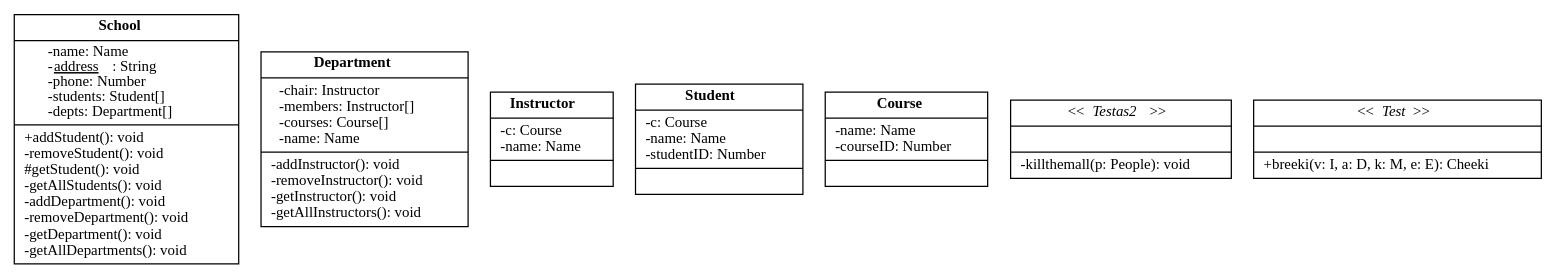
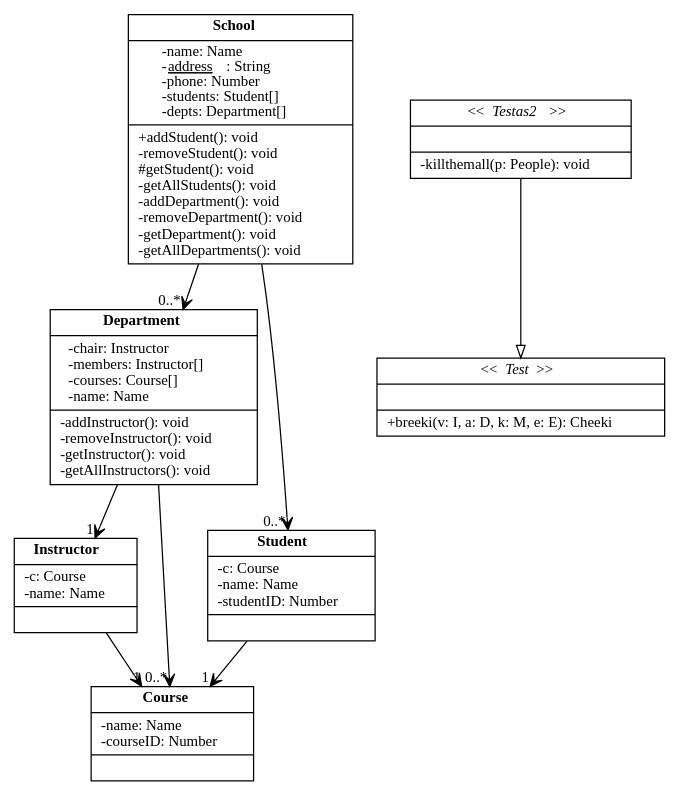
The diagram in diagram.dot (ruankotovich/JTD), drawn with Graphviz before and after one commit. The commit also changed 5 other files, not shown here.

```diff
--- a/diagram.dot
+++ b/diagram.dot
@@ -1,20 +1,36 @@
 digraph {
 fontname = "Bitstream Vera Sans"
 fontsize = 12
 node [
 fontname = "Bitstream Vera Sans"
 fontsize = 12
 shape = "record"
 ]
 edge [
 fontname = "Bitstream Vera Sans"
 fontsize = 12
 ]
 1 [ label = <{<b>School</b>|-name: Name<br align="left"/>-<u>address</u>: String<br align="left"/>-phone: Number<br align="left"/>-students: Student[]<br align="left"/>-depts: Department[]<br align="left"/>|+addStudent(): void<br align="left"/>-removeStudent(): void<br align="left"/>#getStudent(): void<br align="left"/>-getAllStudents(): void<br align="left"/>-addDepartment(): void<br align="left"/>-removeDepartment(): void<br align="left"/>-getDepartment(): void<br align="left"/>-getAllDepartments(): void<br align="left"/>}>]
 2 [ label = <{<b>Department</b>|-chair: Instructor<br align="left"/>-members: Instructor[]<br align="left"/>-courses: Course[]<br align="left"/>-name: Name<br align="left"/>|-addInstructor(): void<br align="left"/>-removeInstructor(): void<br align="left"/>-getInstructor(): void<br align="left"/>-getAllInstructors(): void<br align="left"/>}>]
 3 [ label = <{<b>Instructor</b>|-c: Course<br align="left"/>-name: Name<br align="left"/>|}>]
 4 [ label = <{<b>Student</b>|-c: Course<br align="left"/>-name: Name<br align="left"/>-studentID: Number<br align="left"/>|}>]
 5 [ label = <{<b>Course</b>|-name: Name<br align="left"/>-courseID: Number<br align="left"/>|}>]
 6 [ label = <{&lt;&lt;<i>Testas2</i>&gt;&gt;||-killthemall(p: People): void<br align="left"/>}>]
+
 7 [ label = <{&lt;&lt;<i>Test</i>&gt;&gt;||+breeki(v: I, a: D, k: M, e: E): Cheeki<br align="left"/>}>]
+
+1 -> 2 [style = "solid" arrowhead = "open" dir = "forward" taillabel = "" headlabel = "0..*" label = ""]
+
+1 -> 4 [style = "solid" arrowhead = "open" dir = "forward" taillabel = "" headlabel = "0..*" label = ""]
+
+2 -> 3 [style = "solid" arrowhead = "open" dir = "forward" taillabel = "" headlabel = "1" label = ""]
+
+2 -> 5 [style = "solid" arrowhead = "open" dir = "forward" taillabel = "" headlabel = "0..*" label = ""]
+
+3 -> 5 [style = "solid" arrowhead = "open" dir = "forward" taillabel = "" headlabel = "1" label = ""]
+
+4 -> 5 [style = "solid" arrowhead = "open" dir = "forward" taillabel = "" headlabel = "1" label = ""]
+
+6 -> 7 [style = "solid" arrowhead = "onormal" dir = "forward" taillabel = "" headlabel = "" label = ""]
+
 }
```
